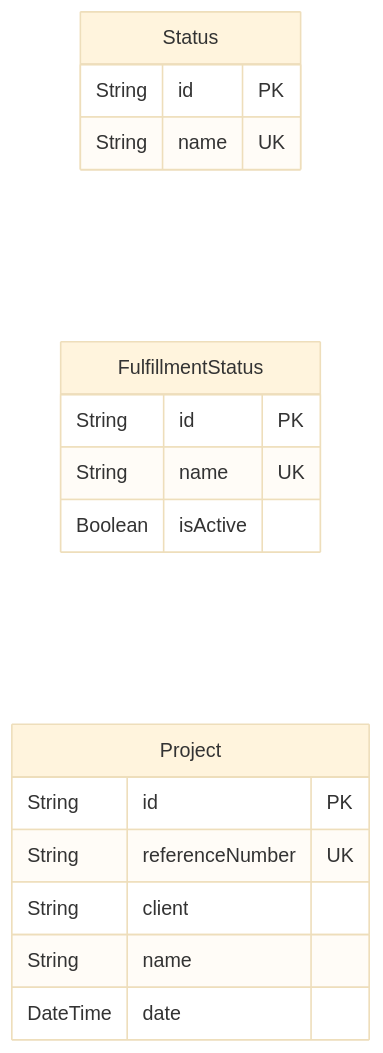
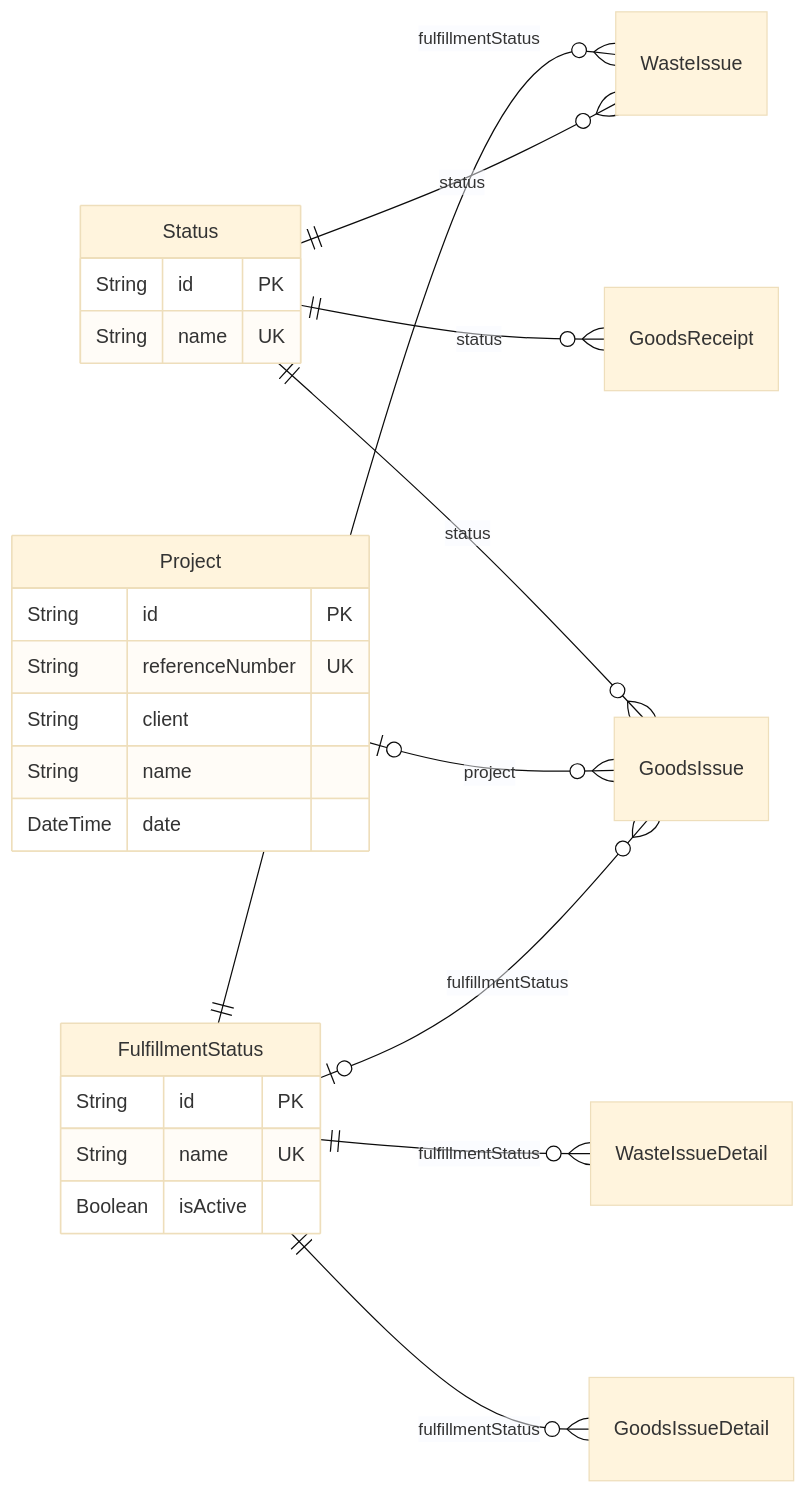
Before and after one commit to gpgsistemas01/nexus: the fourth of 26 diagrams in docs/architecture/views/logical/data-and-persistence/generated/database-schema.md, drawn with Mermaid (base theme). The commit also changed other lines of this file and 3 other files, not shown here.

Commit message:
docs: corregir relaciones del ER y retirar capturas pendientes

````diff
--- a/docs/architecture/views/logical/data-and-persistence/generated/database-schema.md
+++ b/docs/architecture/views/logical/data-and-persistence/generated/database-schema.md
@@ -92,21 +132,28 @@
 ```mermaid
 erDiagram
     direction LR
     Status {
         String id PK
         String name UK
     }
     FulfillmentStatus {
         String id PK
         String name UK
         Boolean isActive
     }
     Project {
         String id PK
         String referenceNumber UK
         String client
         String name
         DateTime date
     }
-
+    FulfillmentStatus ||--o{ WasteIssue : "fulfillmentStatus"
+    Status ||--o{ WasteIssue : "status"
+    FulfillmentStatus ||--o{ WasteIssueDetail : "fulfillmentStatus"
+    Status ||--o{ GoodsReceipt : "status"
+    Status ||--o{ GoodsIssue : "status"
+    Project o|--o{ GoodsIssue : "project"
+    FulfillmentStatus o|--o{ GoodsIssue : "fulfillmentStatus"
+    FulfillmentStatus ||--o{ GoodsIssueDetail : "fulfillmentStatus"
 ```
````
